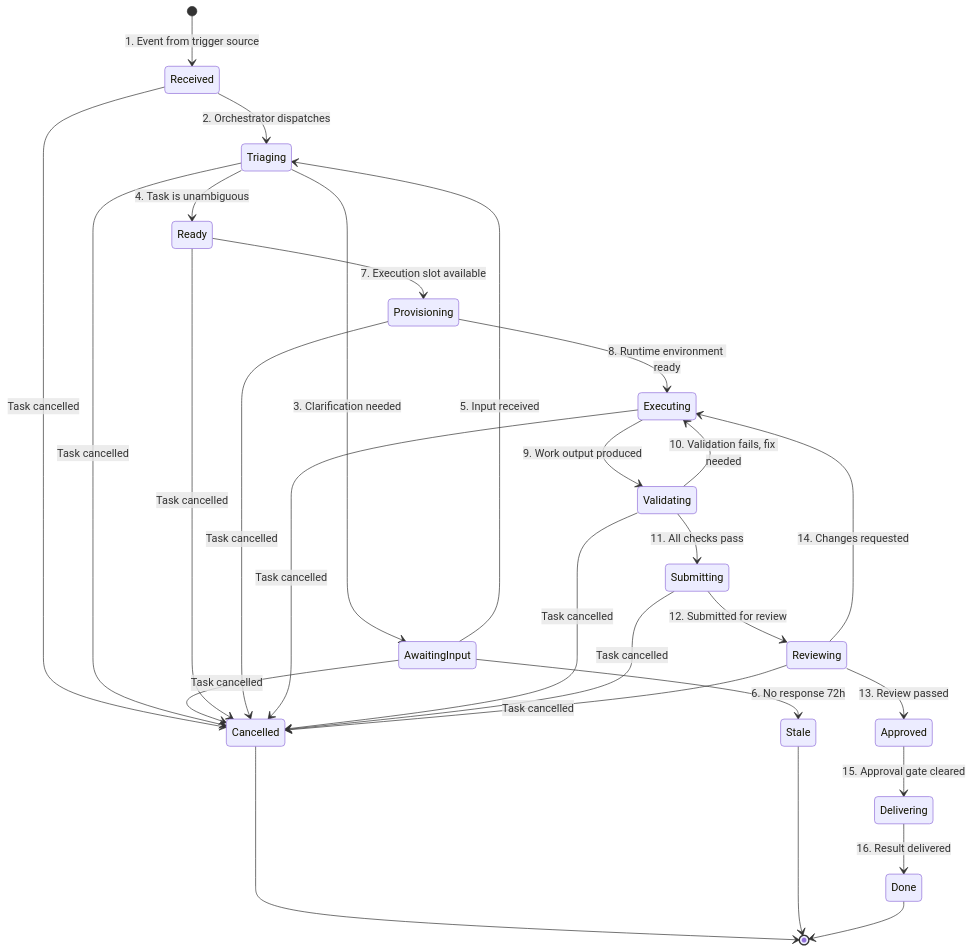
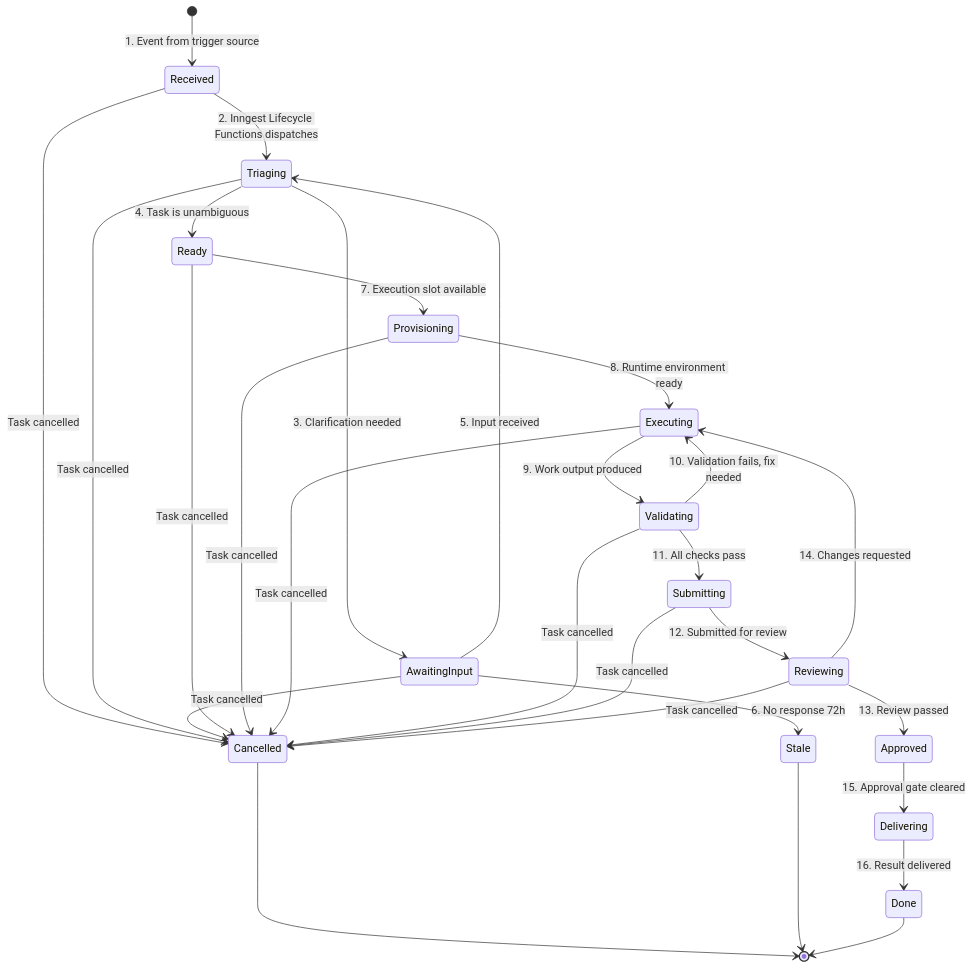
One commit to viiqswim/dozaldevs-ai-employee changed the fourth of 16 diagrams in docs/2026-03-22-2317-ai-employee-architecture.md. Above: the diagram before and after it, drawn with Mermaid. The commit also changed other lines of this file, not shown here.

First line of the commit message:
docs(architecture): rename Orchestrator to Inngest Lifecycle Functions throughout

````diff
--- a/docs/2026-03-22-2317-ai-employee-architecture.md
+++ b/docs/2026-03-22-2317-ai-employee-architecture.md
@@ -322,31 +322,31 @@
 ```mermaid
 stateDiagram-v2
     [*] --> Received: 1. Event from trigger source
-    Received --> Triaging: 2. Orchestrator dispatches
+    Received --> Triaging: 2. Inngest Lifecycle Functions dispatches
     Triaging --> AwaitingInput: 3. Clarification needed
     Triaging --> Ready: 4. Task is unambiguous
     AwaitingInput --> Triaging: 5. Input received
     AwaitingInput --> Stale: 6. No response 72h
     Ready --> Provisioning: 7. Execution slot available
     Provisioning --> Executing: 8. Runtime environment ready
     Executing --> Validating: 9. Work output produced
     Validating --> Executing: 10. Validation fails, fix needed
     Validating --> Submitting: 11. All checks pass
     Submitting --> Reviewing: 12. Submitted for review
     Reviewing --> Approved: 13. Review passed
     Reviewing --> Executing: 14. Changes requested
     Approved --> Delivering: 15. Approval gate cleared
     Delivering --> Done: 16. Result delivered
     Received --> Cancelled: Task cancelled
     Triaging --> Cancelled: Task cancelled
     AwaitingInput --> Cancelled: Task cancelled
     Ready --> Cancelled: Task cancelled
     Provisioning --> Cancelled: Task cancelled
     Executing --> Cancelled: Task cancelled
     Validating --> Cancelled: Task cancelled
     Submitting --> Cancelled: Task cancelled
     Reviewing --> Cancelled: Task cancelled
     Cancelled --> [*]
     Stale --> [*]
     Done --> [*]
 ```
````
